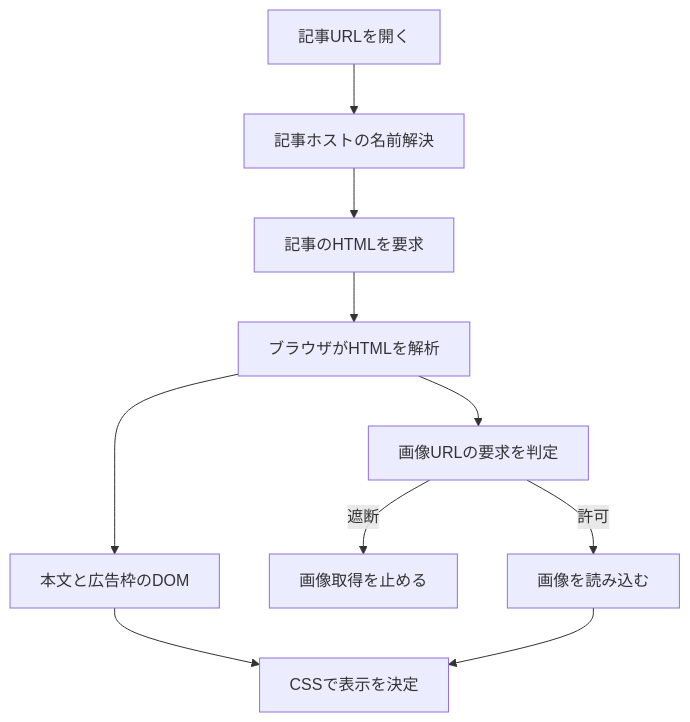
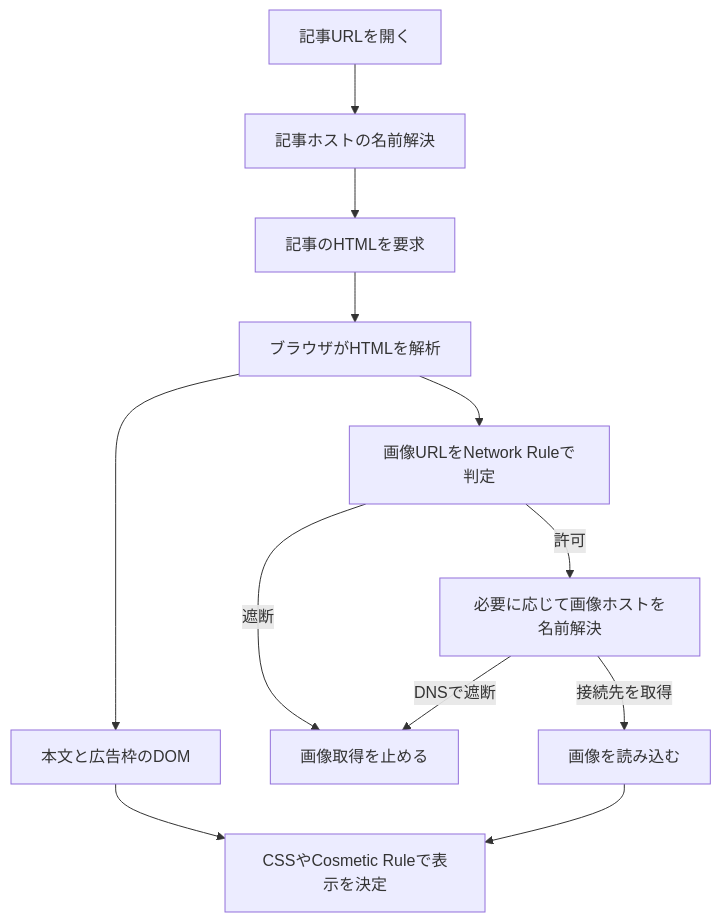
Before and after one commit to Red-Frame-X/Prototype: the first of 5 diagrams in Markdown Notes/AdGuard Filtering Rules - A Practical Guide.md, drawn with Mermaid. The commit also changed other lines of this file, not shown here.

````diff
--- a/Markdown Notes/AdGuard Filtering Rules - A Practical Guide.md
+++ b/Markdown Notes/AdGuard Filtering Rules - A Practical Guide.md
@@ -120,12 +122,14 @@
 ```mermaid
 flowchart TD
  A["記事URLを開く"] --> B["記事ホストの名前解決"]
  B --> C["記事のHTMLを要求"]
  C --> D["ブラウザがHTMLを解析"]
  D --> E["本文と広告枠のDOM"]
- D --> F["画像URLの要求を判定"]
+ D --> F["画像URLをNetwork Ruleで判定"]
  F -->|遮断| G["画像取得を止める"]
- F -->|許可| H["画像を読み込む"]
- E --> I["CSSで表示を決定"]
+ F -->|許可| J["必要に応じて画像ホストを名前解決"]
+ J -->|接続先を取得| H["画像を読み込む"]
+ J -->|DNSで遮断| G
+ E --> I["CSSやCosmetic Ruleで表示を決定"]
  H --> I
 ```
````
